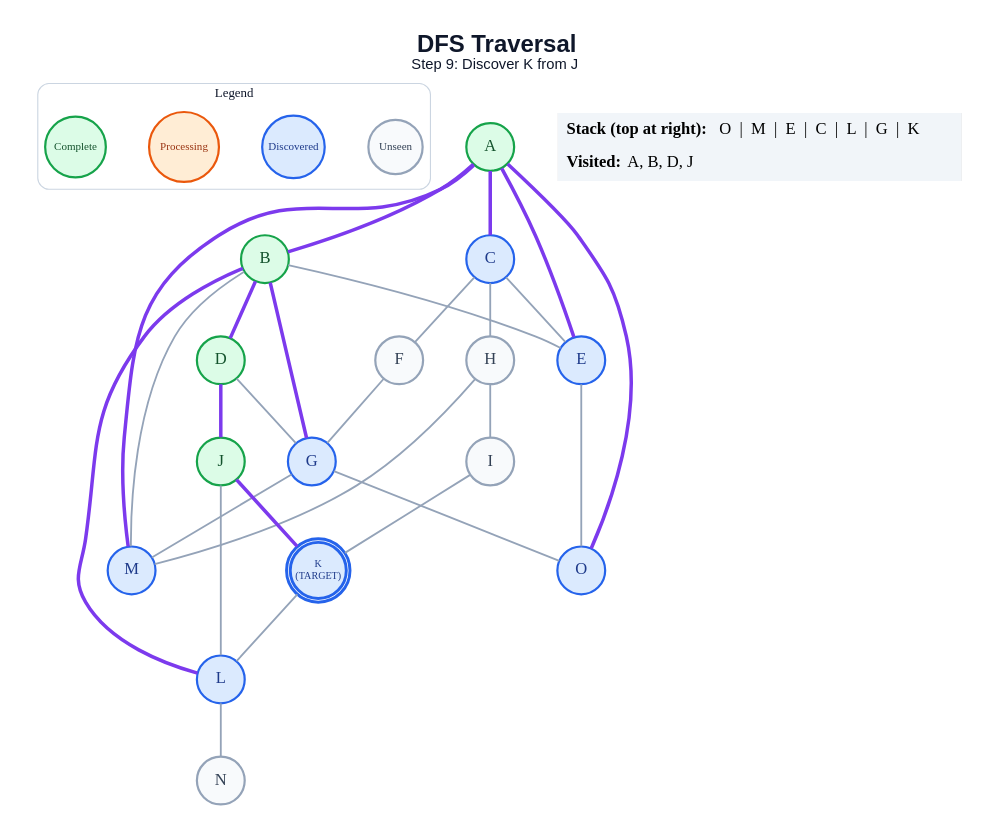
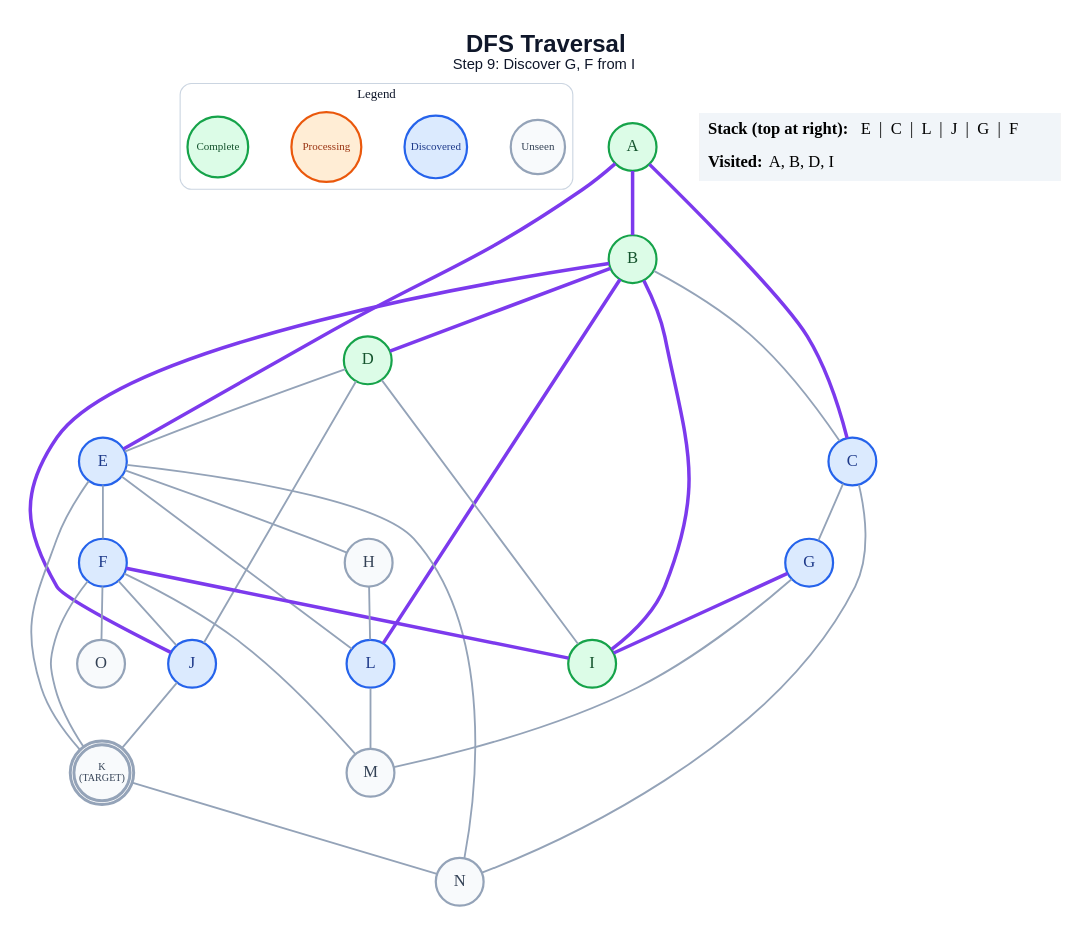
One commit to anon7238593-create/ai-slop changed the diagram in generated/specific-node/dfs/step_09.dot. Above: the diagram before and after it, drawn with Graphviz. The commit also changed 243 other files, not shown here.

```diff
--- a/generated/specific-node/dfs/step_09.dot
+++ b/generated/specific-node/dfs/step_09.dot
@@ -1,60 +1,63 @@
 graph traversal {
   graph [layout=dot, rankdir=TB, bgcolor="#FFFFFF", pad="0.35", nodesep="0.65", ranksep="0.8", fontname="Arial"];
   node [shape=circle, style="filled", fontname="Arial Bold", fontsize=18, width=0.72, fixedsize=true, penwidth=2.4];
   edge [color="#94A3B8", penwidth=2.0];
-  label=<<B>DFS Traversal</B><BR/><FONT POINT-SIZE="16">Step 9: Discover K from J</FONT>>; labelloc="t"; fontsize=26; fontname="Arial"; fontcolor="#0F172A";
+  label=<<B>DFS Traversal</B><BR/><FONT POINT-SIZE="16">Step 9: Discover G, F from I</FONT>>; labelloc="t"; fontsize=26; fontname="Arial"; fontcolor="#0F172A";
   subgraph cluster_legend { label="Legend"; color="#CBD5E1"; penwidth=1.2; style="rounded"; fontsize=14; fontname="Arial Bold";
     key_unseen [label="Unseen", fillcolor="#F8FAFC", color="#94A3B8", fontcolor="#334155", fontsize=12, width=0.82];
     key_frontier [label="Discovered", fillcolor="#DBEAFE", color="#2563EB", fontcolor="#1E3A8A", fontsize=12, width=0.95];
     key_current [label="Processing", fillcolor="#FFEDD5", color="#EA580C", fontcolor="#9A3412", fontsize=12, width=1.05];
     key_done [label="Complete", fillcolor="#DCFCE7", color="#16A34A", fontcolor="#14532D", fontsize=12, width=0.92];
     { rank=same; key_unseen; key_frontier; key_current; key_done; }
   }
   A [label="A", fillcolor="#DCFCE7", color="#16A34A", fontcolor="#14532D", peripheries=1, penwidth=2.4];
   B [label="B", fillcolor="#DCFCE7", color="#16A34A", fontcolor="#14532D", peripheries=1, penwidth=2.4];
   C [label="C", fillcolor="#DBEAFE", color="#2563EB", fontcolor="#1E3A8A", peripheries=1, penwidth=2.4];
   D [label="D", fillcolor="#DCFCE7", color="#16A34A", fontcolor="#14532D", peripheries=1, penwidth=2.4];
   E [label="E", fillcolor="#DBEAFE", color="#2563EB", fontcolor="#1E3A8A", peripheries=1, penwidth=2.4];
-  F [label="F", fillcolor="#F8FAFC", color="#94A3B8", fontcolor="#334155", peripheries=1, penwidth=2.4];
+  F [label="F", fillcolor="#DBEAFE", color="#2563EB", fontcolor="#1E3A8A", peripheries=1, penwidth=2.4];
   G [label="G", fillcolor="#DBEAFE", color="#2563EB", fontcolor="#1E3A8A", peripheries=1, penwidth=2.4];
   H [label="H", fillcolor="#F8FAFC", color="#94A3B8", fontcolor="#334155", peripheries=1, penwidth=2.4];
-  I [label="I", fillcolor="#F8FAFC", color="#94A3B8", fontcolor="#334155", peripheries=1, penwidth=2.4];
-  J [label="J", fillcolor="#DCFCE7", color="#16A34A", fontcolor="#14532D", peripheries=1, penwidth=2.4];
-  K [label="K\n(TARGET)", fillcolor="#DBEAFE", color="#2563EB", fontcolor="#1E3A8A", peripheries=2, penwidth=3.2, fontsize=11, width=0.85, height=0.85];
+  I [label="I", fillcolor="#DCFCE7", color="#16A34A", fontcolor="#14532D", peripheries=1, penwidth=2.4];
+  J [label="J", fillcolor="#DBEAFE", color="#2563EB", fontcolor="#1E3A8A", peripheries=1, penwidth=2.4];
+  K [label="K\n(TARGET)", fillcolor="#F8FAFC", color="#94A3B8", fontcolor="#334155", peripheries=2, penwidth=3.2, fontsize=11, width=0.85, height=0.85];
   L [label="L", fillcolor="#DBEAFE", color="#2563EB", fontcolor="#1E3A8A", peripheries=1, penwidth=2.4];
-  M [label="M", fillcolor="#DBEAFE", color="#2563EB", fontcolor="#1E3A8A", peripheries=1, penwidth=2.4];
+  M [label="M", fillcolor="#F8FAFC", color="#94A3B8", fontcolor="#334155", peripheries=1, penwidth=2.4];
   N [label="N", fillcolor="#F8FAFC", color="#94A3B8", fontcolor="#334155", peripheries=1, penwidth=2.4];
-  O [label="O", fillcolor="#DBEAFE", color="#2563EB", fontcolor="#1E3A8A", peripheries=1, penwidth=2.4];
+  O [label="O", fillcolor="#F8FAFC", color="#94A3B8", fontcolor="#334155", peripheries=1, penwidth=2.4];
   A -- B [color="#7C3AED", penwidth=3.8];
   A -- C [color="#7C3AED", penwidth=3.8];
   A -- E [color="#7C3AED", penwidth=3.8];
-  A -- M [color="#7C3AED", penwidth=3.8];
-  A -- O [color="#7C3AED", penwidth=3.8];
+  B -- C;
   B -- D [color="#7C3AED", penwidth=3.8];
-  B -- E;
-  B -- G [color="#7C3AED", penwidth=3.8];
+  B -- I [color="#7C3AED", penwidth=3.8];
+  B -- J [color="#7C3AED", penwidth=3.8];
   B -- L [color="#7C3AED", penwidth=3.8];
-  B -- M;
-  C -- E;
-  C -- F;
-  C -- H;
-  D -- G;
-  D -- J [color="#7C3AED", penwidth=3.8];
-  E -- O;
-  F -- G;
+  C -- G;
+  C -- N;
+  D -- E;
+  D -- I;
+  D -- J;
+  E -- F;
+  E -- H;
+  E -- K;
+  E -- L;
+  E -- N;
+  F -- I [color="#7C3AED", penwidth=3.8];
+  F -- J;
+  F -- K;
+  F -- M;
+  F -- O;
+  G -- I [color="#7C3AED", penwidth=3.8];
   G -- M;
-  G -- O;
-  H -- I;
-  H -- M;
-  I -- K;
-  J -- K [color="#7C3AED", penwidth=3.8];
-  J -- L;
-  K -- L;
-  L -- N;
+  H -- L;
+  J -- K;
+  K -- N;
+  L -- M;
   status [shape=plain, fixedsize=false, width=0, height=0, margin=0, label=<
     <TABLE BORDER="0" CELLBORDER="0" CELLPADDING="7" BGCOLOR="#F1F5F9">
-      <TR><TD ALIGN="LEFT"><B>Stack (top at right):</B> O  |  M  |  E  |  C  |  L  |  G  |  K</TD></TR>
-      <TR><TD ALIGN="LEFT"><B>Visited:</B> A, B, D, J</TD></TR>
+      <TR><TD ALIGN="LEFT"><B>Stack (top at right):</B> E  |  C  |  L  |  J  |  G  |  F</TD></TR>
+      <TR><TD ALIGN="LEFT"><B>Visited:</B> A, B, D, I</TD></TR>
     </TABLE>
   >];
 }
```
